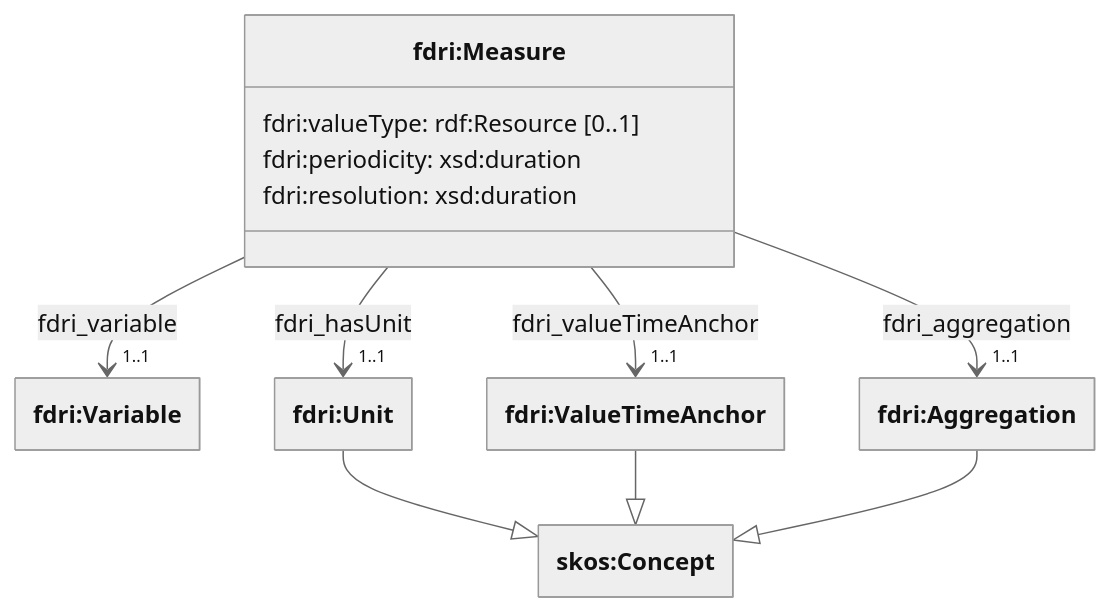
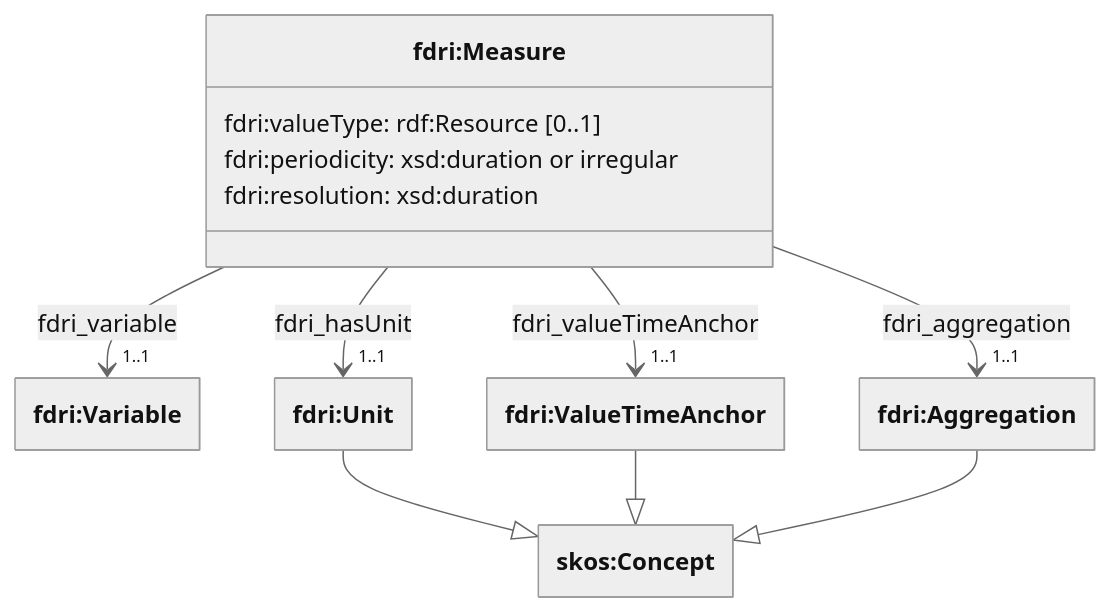
Before and after one commit to NERC-CEH/fdri-ontology: the fourth of 4 diagrams in doc/variables.md, drawn with Mermaid (neutral theme). The commit also changed other lines of this file and 5 other files, not shown here.

Commit message:
Allow irregular periodicity on Measures

````diff
--- a/doc/variables.md
+++ b/doc/variables.md
@@ -110,25 +110,25 @@
 ```mermaid
 ---
 config:
     class:
         hideEmptyMembersBox: true
 ---
 classDiagram
 class Measure["fdri:Measure"] {
   fdri:valueType: rdf:Resource [0..1]
-  fdri:periodicity: xsd:duration
+  fdri:periodicity: xsd:duration or irregular
   fdri:resolution: xsd:duration
 }
 class Variable["fdri:Variable"]
 class Aggregation["fdri:Aggregation"]
 class Unit["fdri:Unit"]
 class ValueTimeAnchor["fdri:ValueTimeAnchor"]
 class Concept["skos:Concept"]
 Measure --> "1..1" Variable: fdri_variable
 Measure --> "1..1" Unit: fdri_hasUnit
 Measure --> "1..1" Aggregation: fdri_aggregation
 Measure --> "1..1" ValueTimeAnchor: fdri_valueTimeAnchor
 Unit --|> Concept
 ValueTimeAnchor --|> Concept
 Aggregation --|> Concept
 ```
````
